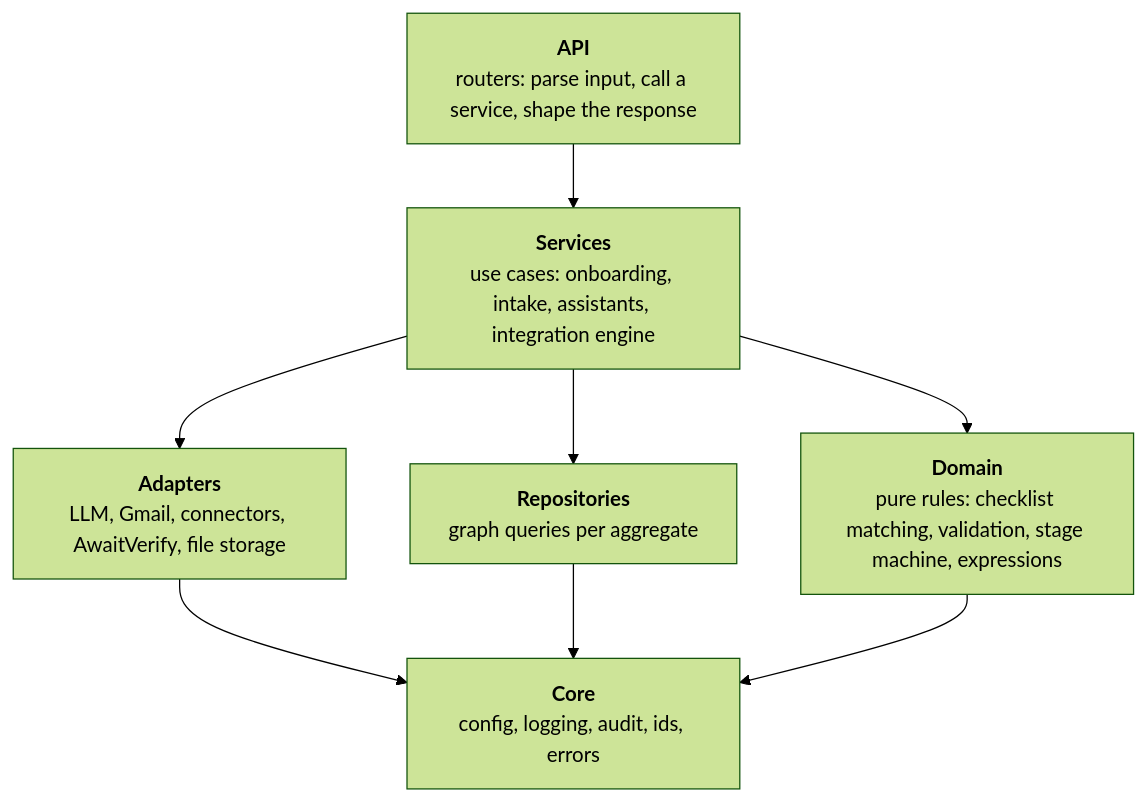
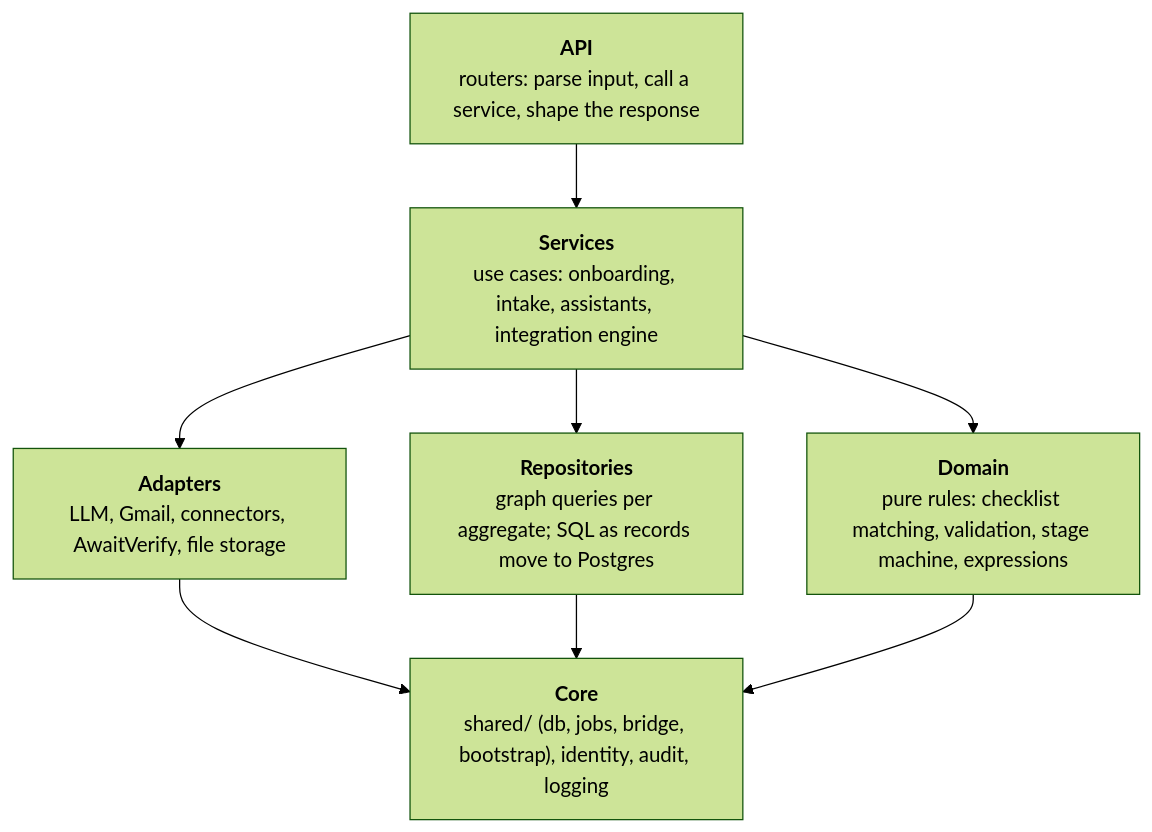
Before and after one commit to Prateek1771/azentio-hr: the diagram in docs/project-architecture.md, drawn with Mermaid (forest theme). The commit also changed other lines of this file and 5 other files, not shown here.

First line of the commit message:
docs: bring HLD, LLD and architecture docs up to date with Phase 0

````diff
--- a/docs/project-architecture.md
+++ b/docs/project-architecture.md
@@ -41,14 +86,14 @@
 ```mermaid
 flowchart TB
     API["<b>API</b><br/>routers: parse input, call a service, shape the response"]
     SVC["<b>Services</b><br/>use cases: onboarding, intake, assistants, integration engine"]
     DOM["<b>Domain</b><br/>pure rules: checklist matching, validation, stage machine, expressions"]
     ADP["<b>Adapters</b><br/>LLM, Gmail, connectors, AwaitVerify, file storage"]
-    REPO["<b>Repositories</b><br/>graph queries per aggregate"]
-    CORE["<b>Core</b><br/>config, logging, audit, ids, errors"]
+    REPO["<b>Repositories</b><br/>graph queries per aggregate; SQL as records move to Postgres"]
+    CORE["<b>Core</b><br/>shared/ (db, jobs, bridge, bootstrap), identity, audit, logging"]
     API --> SVC
     SVC --> DOM & ADP & REPO
     ADP --> CORE
     REPO --> CORE
     DOM --> CORE
 ```
````
